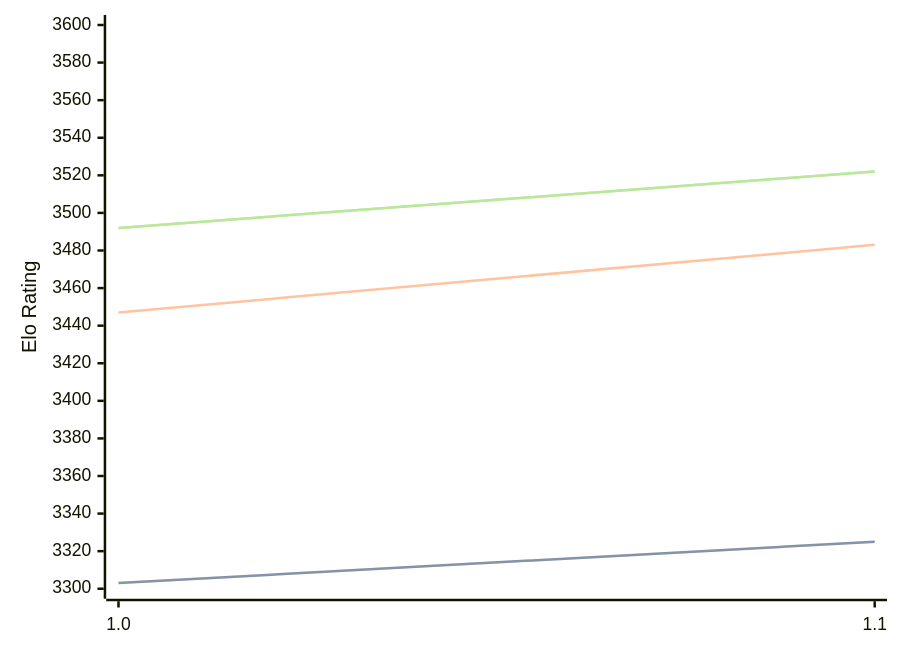
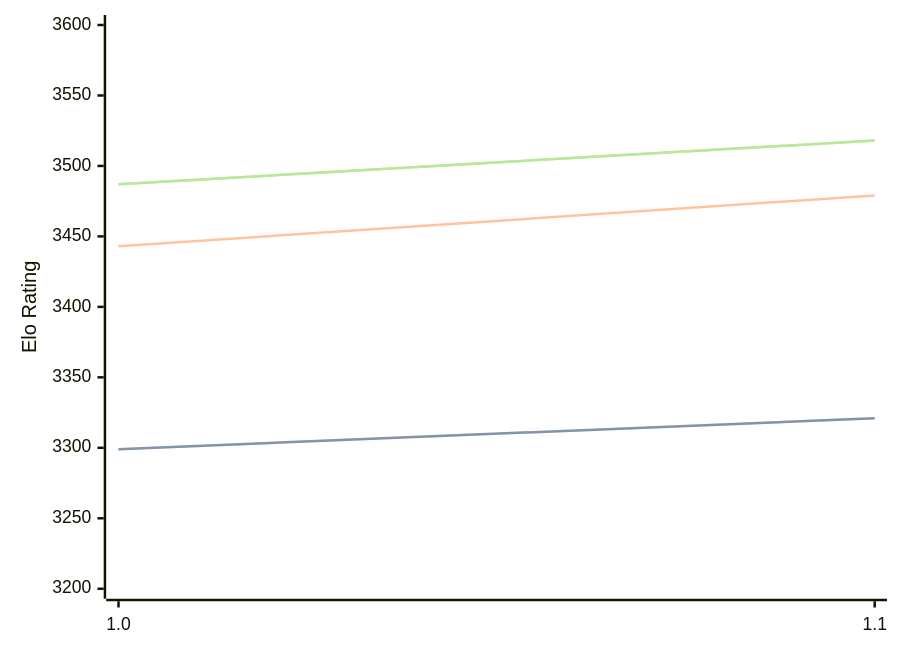
One commit to computer-chess-index/cci changed the third of 3 diagrams in engines/Icarus.md. Above: the diagram before and after it, drawn with Mermaid. The commit also changed other lines of this file, not shown here.

Commit message:
Update CCI Ratings (ELO VLTC) - 2026-07-16

````diff
--- a/engines/Icarus.md
+++ b/engines/Icarus.md
@@ -65,11 +65,11 @@
 ```mermaid
 %%{init: {"theme":"base","themeVariables":{"seriesColors:['#a3a3a3','#222221','#faa371']}}}%%
 xychart-beta
   x-axis ["1.0", "1.1"]
-  y-axis "Elo Rating" 3300 --> 3600
-  line "STC (8.0+0.08s)" [3303, 3325]
-  line "STC (8.0+0.08s)" [3303, 3325]
-  line "LTC (60.0+0.60s)" [3447, 3483]
-  line "VLTC (2m24s+1.12s)" [3492, 3522]
-  line "VLTC (2m24s+1.12s)" [3492, 3522]
+  y-axis "Elo Rating" 3200 --> 3600
+  line "STC (8.0+0.08s)" [3299, 3321]
+  line "STC (8.0+0.08s)" [3299, 3321]
+  line "LTC (60.0+0.60s)" [3443, 3479]
+  line "VLTC (2m24s+1.12s)" [3487, 3518]
+  line "VLTC (2m24s+1.12s)" [3487, 3518]
 ```
````
